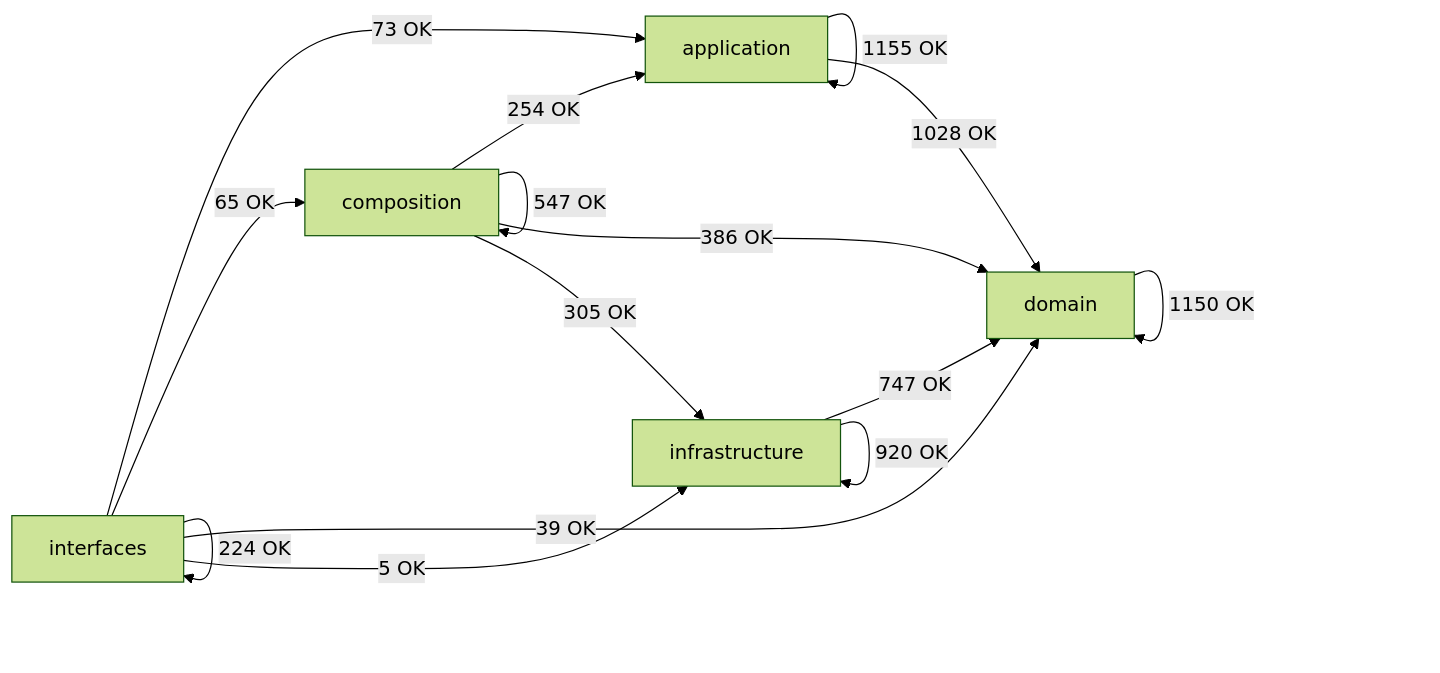
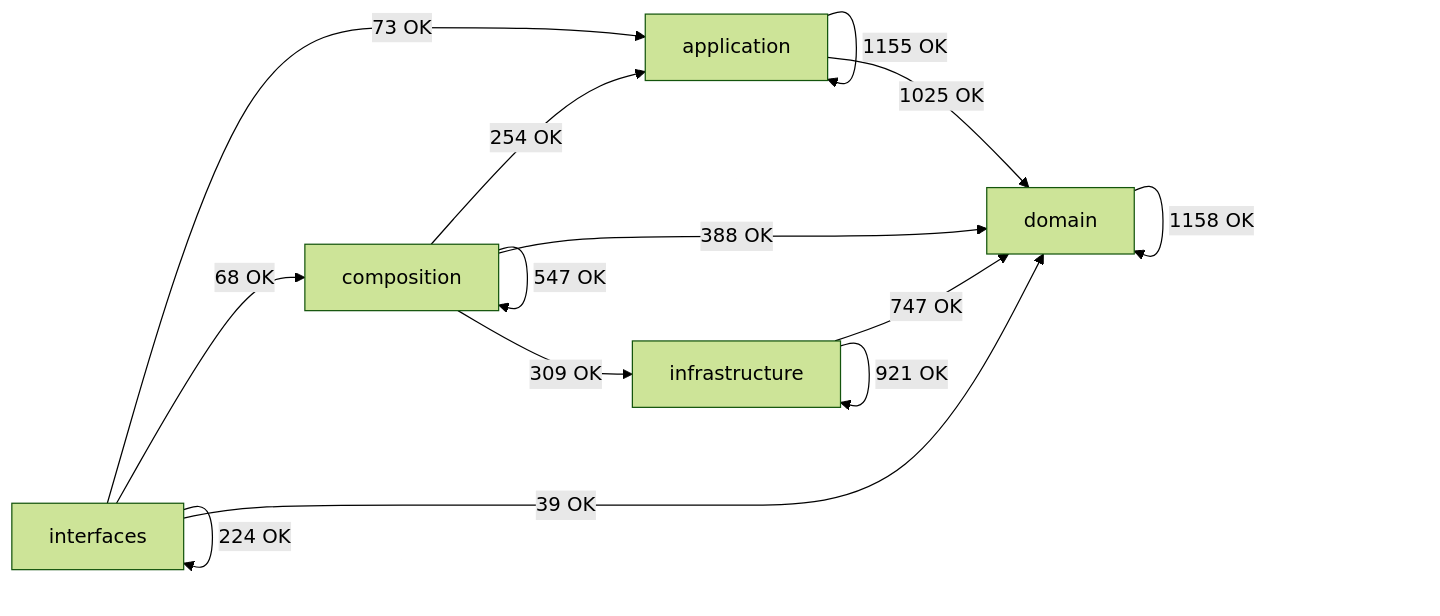
One commit to SatoryKono/BioactivityDataAcquisition changed the diagram in docs/02-architecture/generated/module-dependency-map.md. Above: the diagram before and after it, drawn with Mermaid (forest theme). The commit also changed other lines of this file and 19 other files, not shown here.

````diff
--- a/docs/02-architecture/generated/module-dependency-map.md
+++ b/docs/02-architecture/generated/module-dependency-map.md
@@ -17,22 +17,21 @@
 ```mermaid
 flowchart LR
     domain[domain]
     application[application]
     infrastructure[infrastructure]
     composition[composition]
     interfaces[interfaces]
     application -->|1155 OK| application
-    application -->|1028 OK| domain
+    application -->|1025 OK| domain
     composition -->|254 OK| application
     composition -->|547 OK| composition
-    composition -->|386 OK| domain
-    composition -->|305 OK| infrastructure
-    domain -->|1150 OK| domain
+    composition -->|388 OK| domain
+    composition -->|309 OK| infrastructure
+    domain -->|1158 OK| domain
     infrastructure -->|747 OK| domain
-    infrastructure -->|920 OK| infrastructure
+    infrastructure -->|921 OK| infrastructure
     interfaces -->|73 OK| application
-    interfaces -->|65 OK| composition
+    interfaces -->|68 OK| composition
     interfaces -->|39 OK| domain
-    interfaces -->|5 OK| infrastructure
     interfaces -->|224 OK| interfaces
 ```
````
